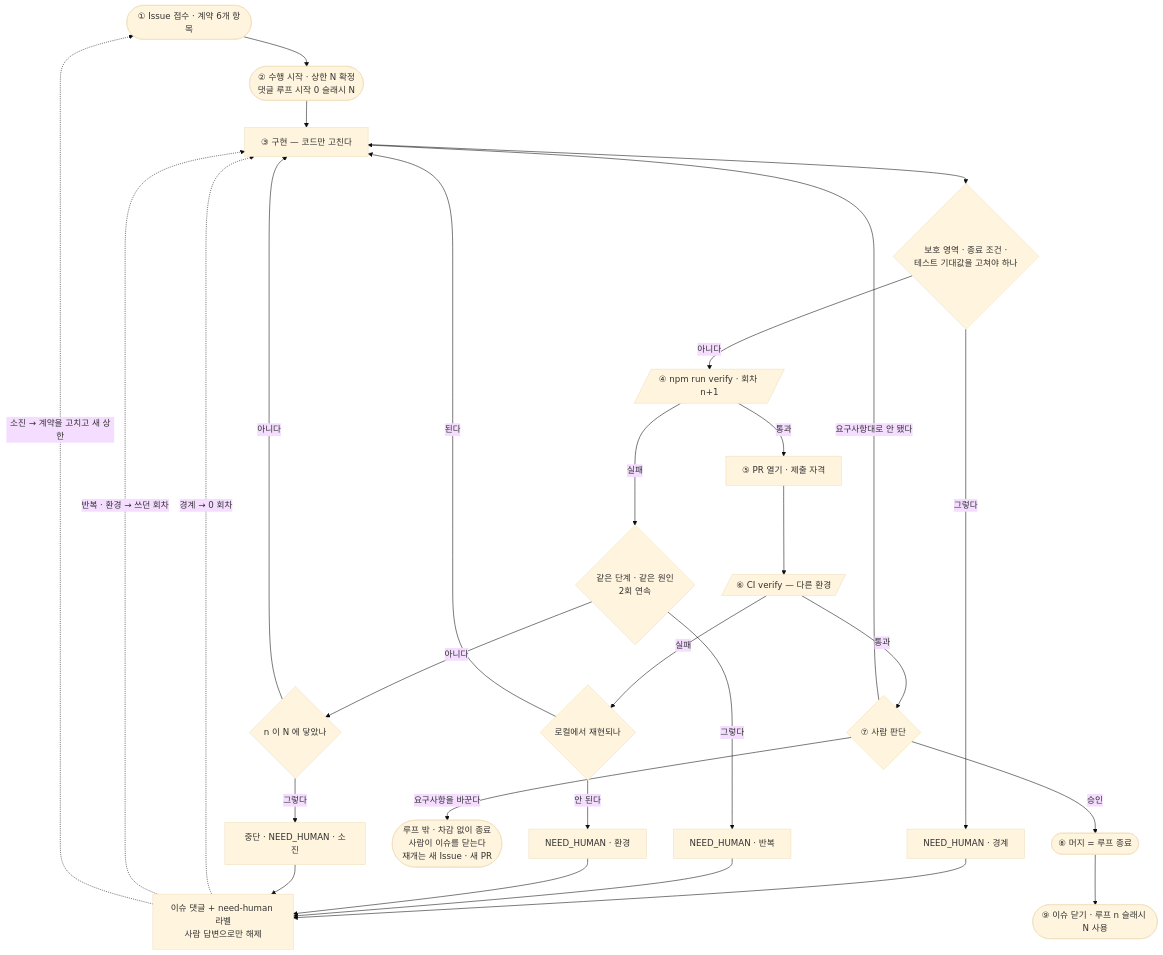
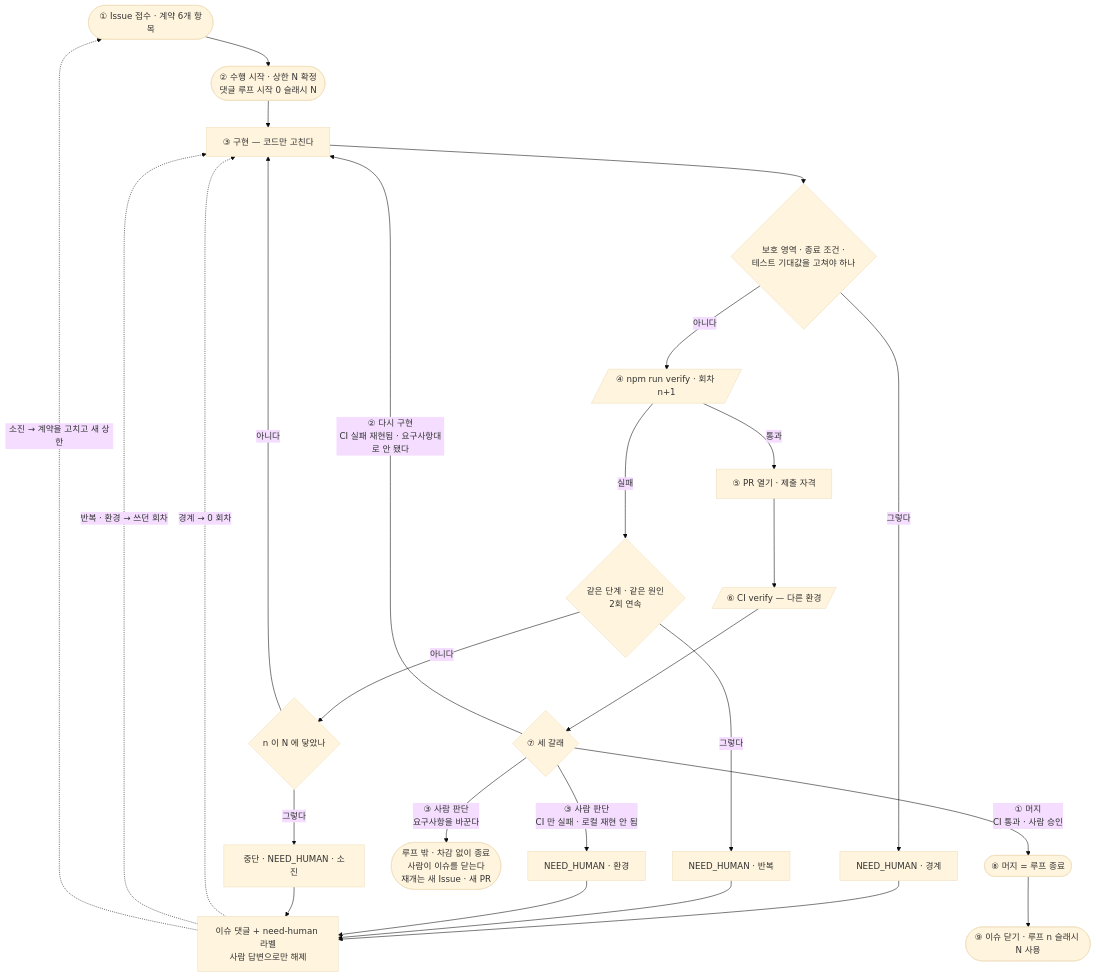
Before and after one commit to KIMJONGUK/inventory-poc: the first of 2 diagrams in docs/harness/loop.md, drawn with Mermaid (base theme). The commit also changed other lines of this file, not shown here.

````diff
--- a/docs/harness/loop.md
+++ b/docs/harness/loop.md
@@ -27,30 +27,28 @@
 ```mermaid
 flowchart TD
     I([① Issue 접수 · 계약 6개 항목]) --> A([② 수행 시작 · 상한 N 확정<br/>댓글 루프 시작 0 슬래시 N])
     A --> C[③ 구현 — 코드만 고친다]
     C --> B{보호 영역 · 종료 조건 ·<br/>테스트 기대값을 고쳐야 하나}
     B -- 그렇다 --> HB[NEED_HUMAN · 경계]
     B -- 아니다 --> V[/④ npm run verify · 회차 n+1/]
     V -- 실패 --> R{같은 단계 · 같은 원인<br/>2회 연속}
     R -- 그렇다 --> HR[NEED_HUMAN · 반복]
     R -- 아니다 --> L{n 이 N 에 닿았나}
     L -- 아니다 --> C
     L -- 그렇다 --> HS[중단 · NEED_HUMAN · 소진]
     V -- 통과 --> P[⑤ PR 열기 · 제출 자격]
     P --> CI[/⑥ CI verify — 다른 환경/]
-    CI -- 실패 --> RE{로컬에서 재현되나}
-    RE -- 된다 --> C
-    RE -- 안 된다 --> HE[NEED_HUMAN · 환경]
-    CI -- 통과 --> RV{⑦ 사람 판단}
-    RV -- 요구사항대로 안 됐다 --> C
-    RV -- 요구사항을 바꾼다 --> X([루프 밖 · 차감 없이 종료<br/>사람이 이슈를 닫는다<br/>재개는 새 Issue · 새 PR])
-    RV -- 승인 --> M([⑧ 머지 = 루프 종료])
+    CI --> T{⑦ 세 갈래}
+    T -- ① 머지<br/>CI 통과 · 사람 승인 --> M([⑧ 머지 = 루프 종료])
     M --> Z([⑨ 이슈 닫기 · 루프 n 슬래시 N 사용])
+    T -- ② 다시 구현<br/>CI 실패 재현됨 · 요구사항대로 안 됐다 --> C
+    T -- ③ 사람 판단<br/>요구사항을 바꾼다 --> X([루프 밖 · 차감 없이 종료<br/>사람이 이슈를 닫는다<br/>재개는 새 Issue · 새 PR])
+    T -- ③ 사람 판단<br/>CI 만 실패 · 로컬 재현 안 됨 --> HE[NEED_HUMAN · 환경]
     HB --> W
     HR --> W
     HE --> W
     HS --> W[이슈 댓글 + need-human 라벨<br/>사람 답변으로만 해제]
     W -. 경계 → 0 회차 .-> C
     W -. 반복 · 환경 → 쓰던 회차 .-> C
     W -. 소진 → 계약을 고치고 새 상한 .-> I
 ```
````
